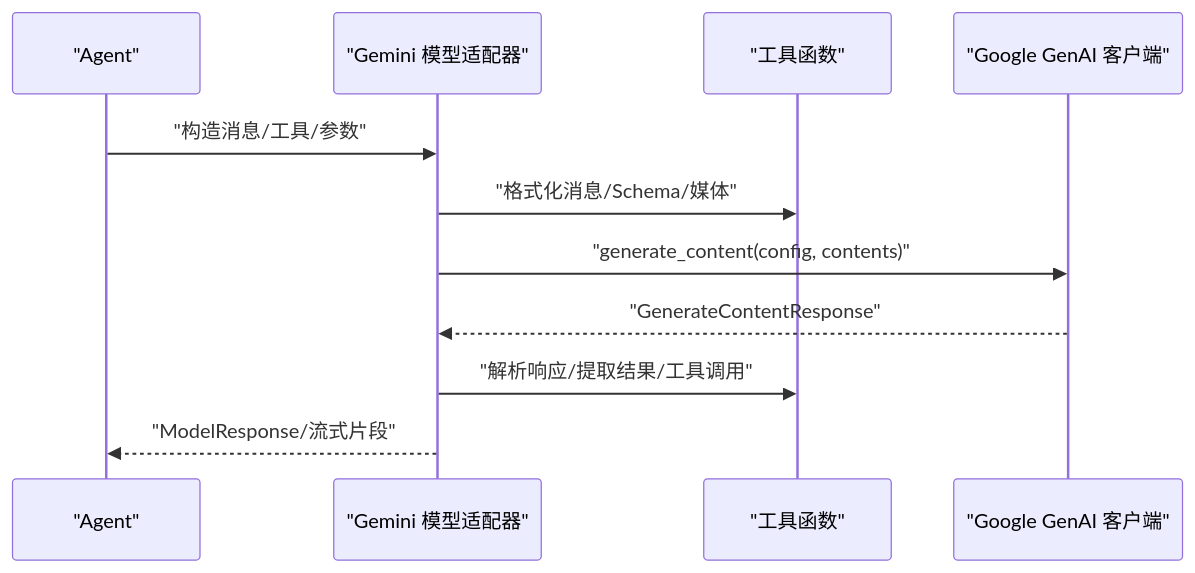
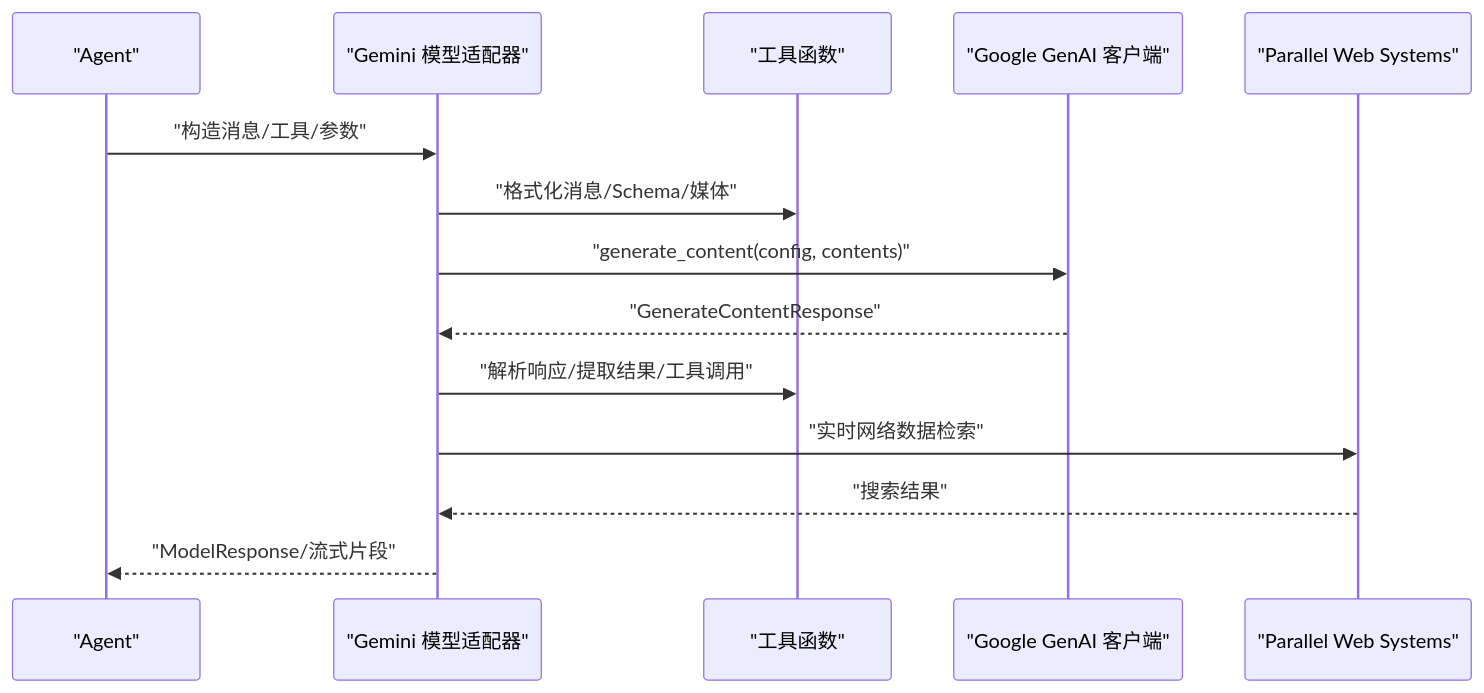
One commit to defulat-coder/agno-learn changed the second of 9 diagrams in .qoder/repowiki/zh/content/模型适配器/Google 模型.md. Above: the diagram before and after it, drawn with Mermaid. The commit also changed other lines of this file and 1683 other files, not shown here.

````diff
--- a/.qoder/repowiki/zh/content/模型适配器/Google 模型.md
+++ b/.qoder/repowiki/zh/content/模型适配器/Google 模型.md
@@ -108,13 +125,16 @@
 ```mermaid
 sequenceDiagram
 participant Agent as "Agent"
 participant Model as "Gemini 模型适配器"
 participant Utils as "工具函数"
 participant Provider as "Google GenAI 客户端"
+participant Parallel as "Parallel Web Systems"
 Agent->>Model : "构造消息/工具/参数"
 Model->>Utils : "格式化消息/Schema/媒体"
 Model->>Provider : "generate_content(config, contents)"
 Provider-->>Model : "GenerateContentResponse"
 Model->>Utils : "解析响应/提取结果/工具调用"
+Model->>Parallel : "实时网络数据检索"
+Parallel-->>Model : "搜索结果"
 Model-->>Agent : "ModelResponse/流式片段"
 ```
````
